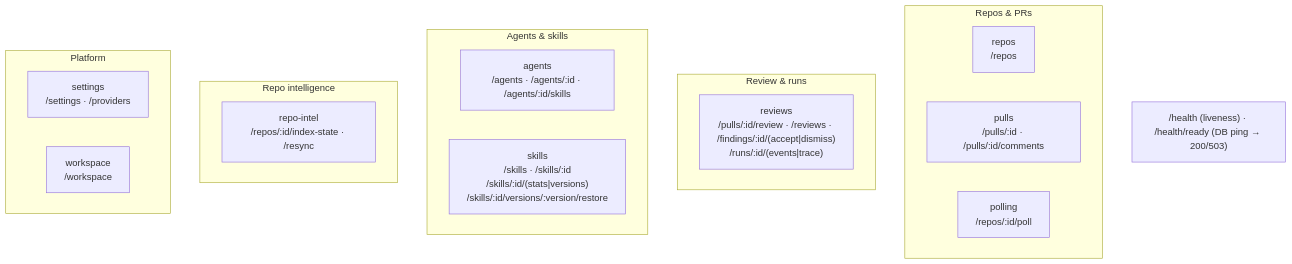
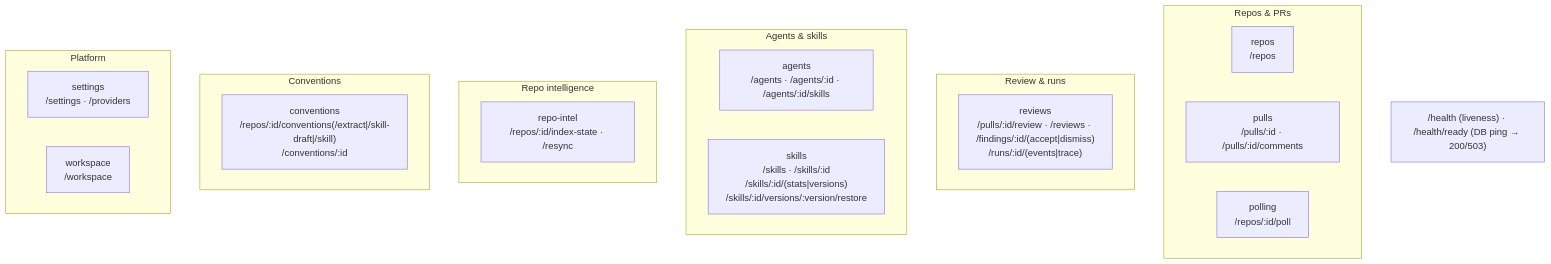
Before and after one commit to SerMedvid/dev-digest: the second of 2 diagrams in server/README.md, drawn with Mermaid. The commit also changed 78 other files, not shown here.

````diff
--- a/server/README.md
+++ b/server/README.md
@@ -64,23 +64,26 @@
 ```mermaid
 flowchart TB
   subgraph Repos_PRs["Repos & PRs"]
     repos["repos<br/>/repos"]
     pulls["pulls<br/>/pulls/:id · /pulls/:id/comments"]
     polling["polling<br/>/repos/:id/poll"]
   end
   subgraph Review["Review & runs"]
     reviews["reviews<br/>/pulls/:id/review · /reviews · /findings/:id/(accept|dismiss)<br/>/runs/:id/(events|trace)"]
   end
   subgraph Agents["Agents & skills"]
     agents["agents<br/>/agents · /agents/:id · /agents/:id/skills"]
     skills["skills<br/>/skills · /skills/:id<br/>/skills/:id/(stats|versions)<br/>/skills/:id/versions/:version/restore"]
   end
   subgraph Intel["Repo intelligence"]
     repoIntel["repo-intel<br/>/repos/:id/index-state · /resync"]
   end
+  subgraph Conventions["Conventions"]
+    conventions["conventions<br/>/repos/:id/conventions(/extract|/skill-draft|/skill)<br/>/conventions/:id"]
+  end
   subgraph Platform["Platform"]
     settings["settings<br/>/settings · /providers"]
     workspace["workspace<br/>/workspace"]
   end
   HEALTH["/health (liveness) · /health/ready (DB ping → 200/503)"]
 ```
````
